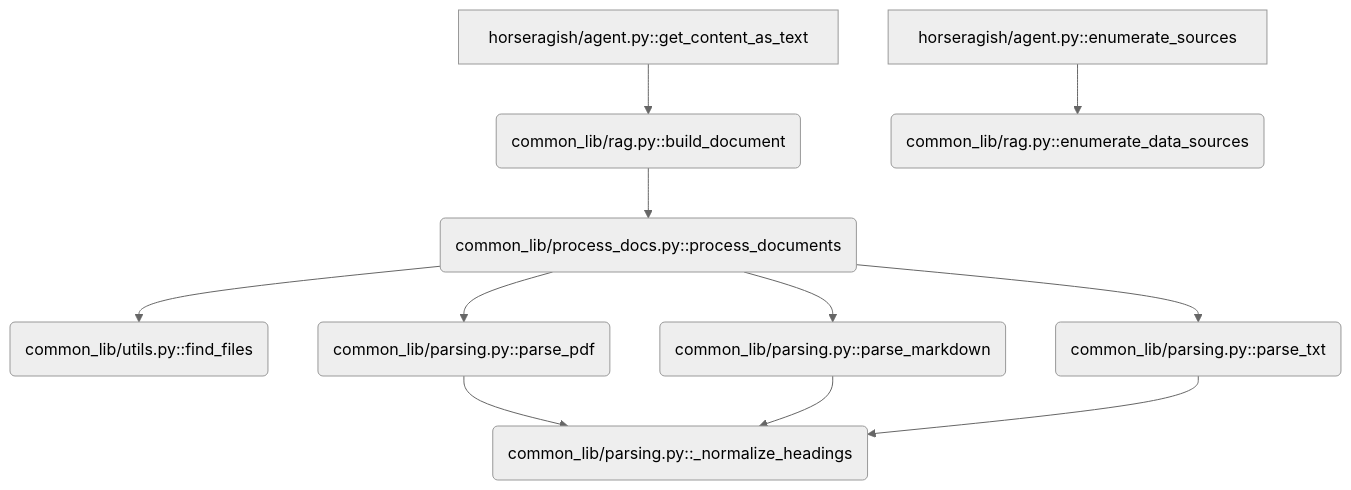
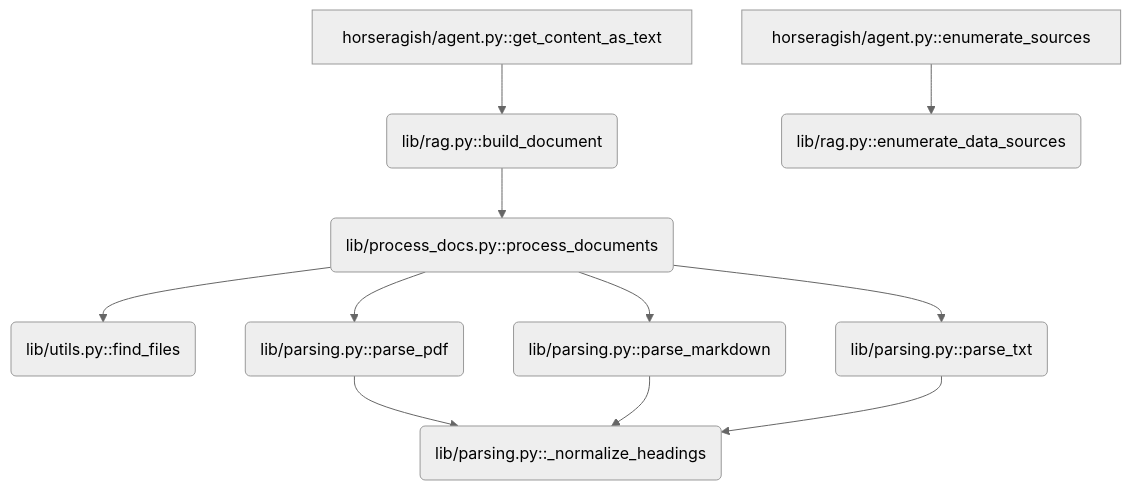
Before and after one commit to mauripsale/ai-friendly-agents: the diagram in adk-prod-agents/agents/horseragish/gemini-functions-optimization.md, drawn with Mermaid (neutral theme). The commit also changed other lines of this file and 9 other files, not shown here.

````diff
--- a/adk-prod-agents/agents/horseragish/gemini-functions-optimization.md
+++ b/adk-prod-agents/agents/horseragish/gemini-functions-optimization.md
@@ -15,13 +15,13 @@
 ```mermaid
 graph TD
-    A[horseragish/agent.py::get_content_as_text] --> B(common_lib/rag.py::build_document)
-    C[horseragish/agent.py::enumerate_sources] --> D(common_lib/rag.py::enumerate_data_sources)
-    B --> E(common_lib/process_docs.py::process_documents)
-    E --> F(common_lib/utils.py::find_files)
-    E --> G(common_lib/parsing.py::parse_pdf)
-    E --> H(common_lib/parsing.py::parse_markdown)
-    E --> I(common_lib/parsing.py::parse_txt)
-    G --> J(common_lib/parsing.py::_normalize_headings)
+    A[horseragish/agent.py::get_content_as_text] --> B(lib/rag.py::build_document)
+    C[horseragish/agent.py::enumerate_sources] --> D(lib/rag.py::enumerate_data_sources)
+    B --> E(lib/process_docs.py::process_documents)
+    E --> F(lib/utils.py::find_files)
+    E --> G(lib/parsing.py::parse_pdf)
+    E --> H(lib/parsing.py::parse_markdown)
+    E --> I(lib/parsing.py::parse_txt)
+    G --> J(lib/parsing.py::_normalize_headings)
     H --> J
     I --> J
 ```
````
